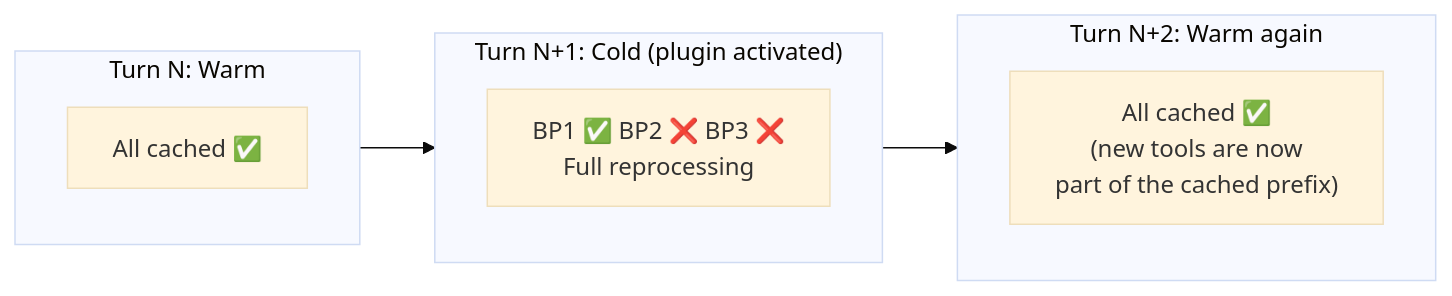
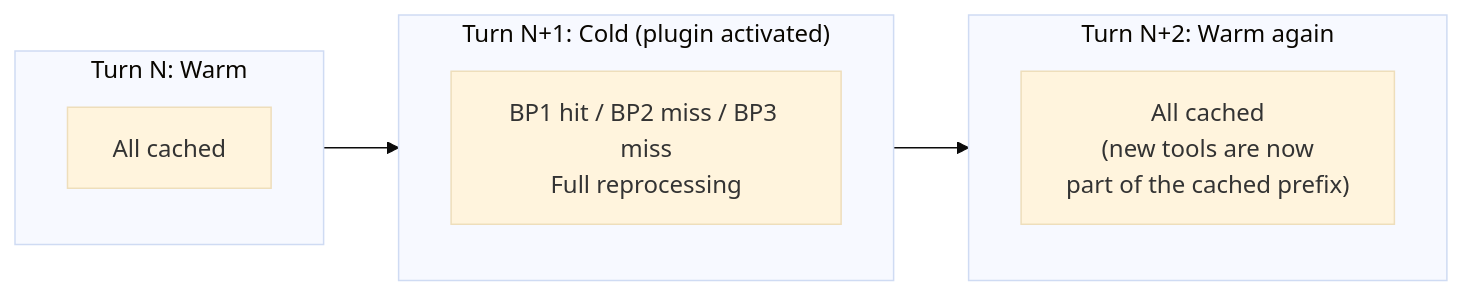
Before and after one commit to 2kages/agent-learning: the eighth of 17 diagrams in context-management.md, drawn with Mermaid (base theme). The commit also changed other lines of this file and 2 other files, not shown here.

````diff
--- a/context-management.md
+++ b/context-management.md
@@ -198,16 +289,16 @@
 ```mermaid
 flowchart LR
     subgraph T1 ["Turn N: Warm"]
-        W1["All cached ✅"]
+        W1["All cached"]
     end
 
     subgraph T2 ["Turn N+1: Cold (plugin activated)"]
-        C1["BP1 ✅ BP2 ❌ BP3 ❌<br/>Full reprocessing"]
+        C1["BP1 hit / BP2 miss / BP3 miss<br/>Full reprocessing"]
     end
 
     subgraph T3 ["Turn N+2: Warm again"]
-        W2["All cached ✅<br/>(new tools are now<br/>part of the cached prefix)"]
+        W2["All cached<br/>(new tools are now<br/>part of the cached prefix)"]
     end
 
     T1 --> T2 --> T3
 ```
````
